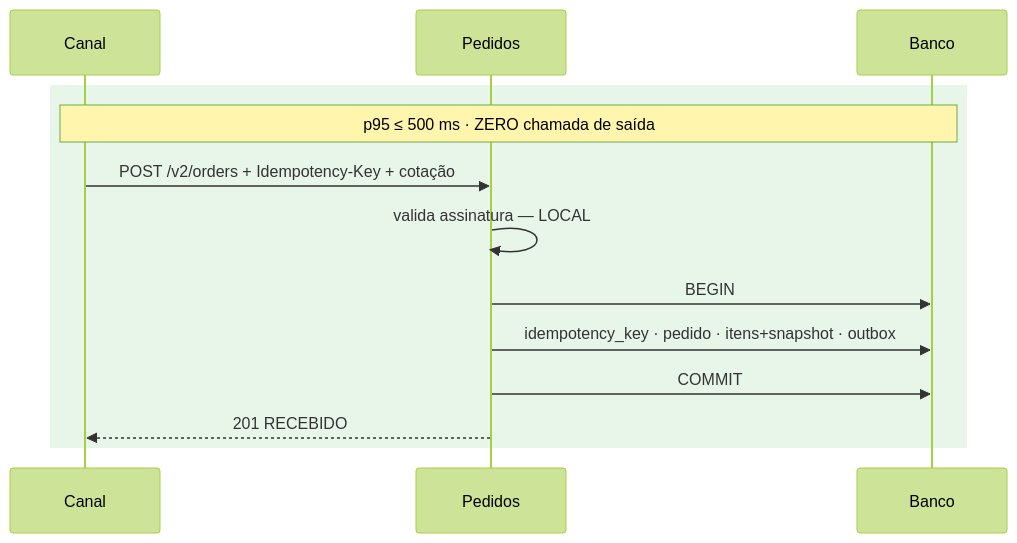
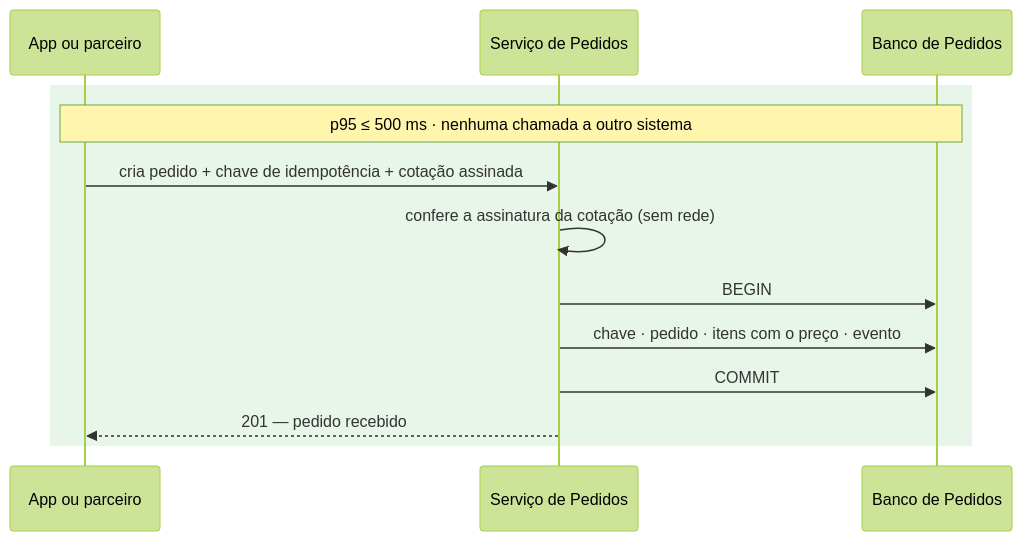
The third of 4 diagrams in docs/delivery/apresentacao/slides.md (fmoreira1990/solution_architect), drawn with Mermaid (forest theme) before and after one commit. The commit also changed other lines of this file and 5 other files, not shown here.

````diff
--- a/docs/delivery/apresentacao/slides.md
+++ b/docs/delivery/apresentacao/slides.md
@@ -105,16 +105,16 @@
 ```mermaid
 sequenceDiagram
-    participant B as Canal
-    participant P as Pedidos
-    participant DB as Banco
+    participant B as App ou parceiro
+    participant P as Serviço de Pedidos
+    participant DB as Banco de Pedidos
 
     rect rgb(232, 245, 233)
-    note over B,DB: p95 ≤ 500 ms · ZERO chamada de saída
-    B->>P: POST /v2/orders + Idempotency-Key + cotação
-    P->>P: valida assinatura — LOCAL
+    note over B,DB: p95 ≤ 500 ms · nenhuma chamada a outro sistema
+    B->>P: cria pedido + chave de idempotência + cotação assinada
+    P->>P: confere a assinatura da cotação (sem rede)
     P->>DB: BEGIN
-    P->>DB: idempotency_key · pedido · itens+snapshot · outbox
+    P->>DB: chave · pedido · itens com o preço · evento
     P->>DB: COMMIT
-    P-->>B: 201 RECEBIDO
+    P-->>B: 201 — pedido recebido
     end
 ```
````
